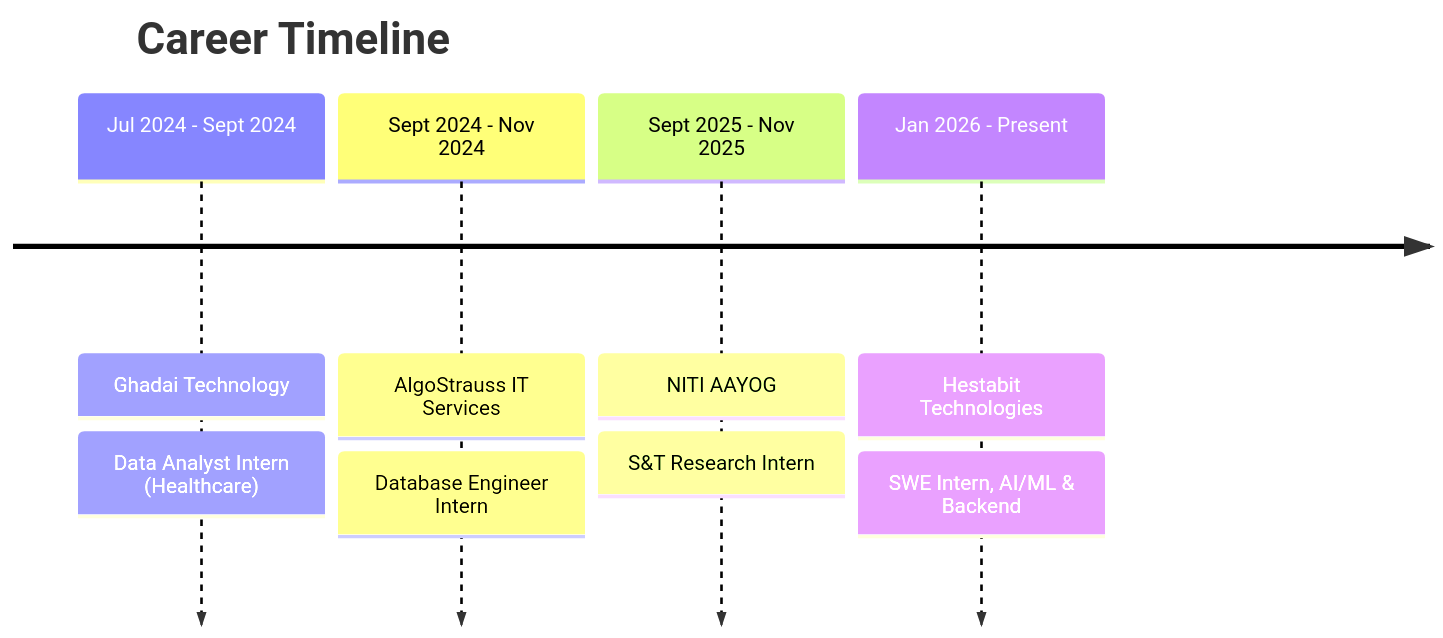
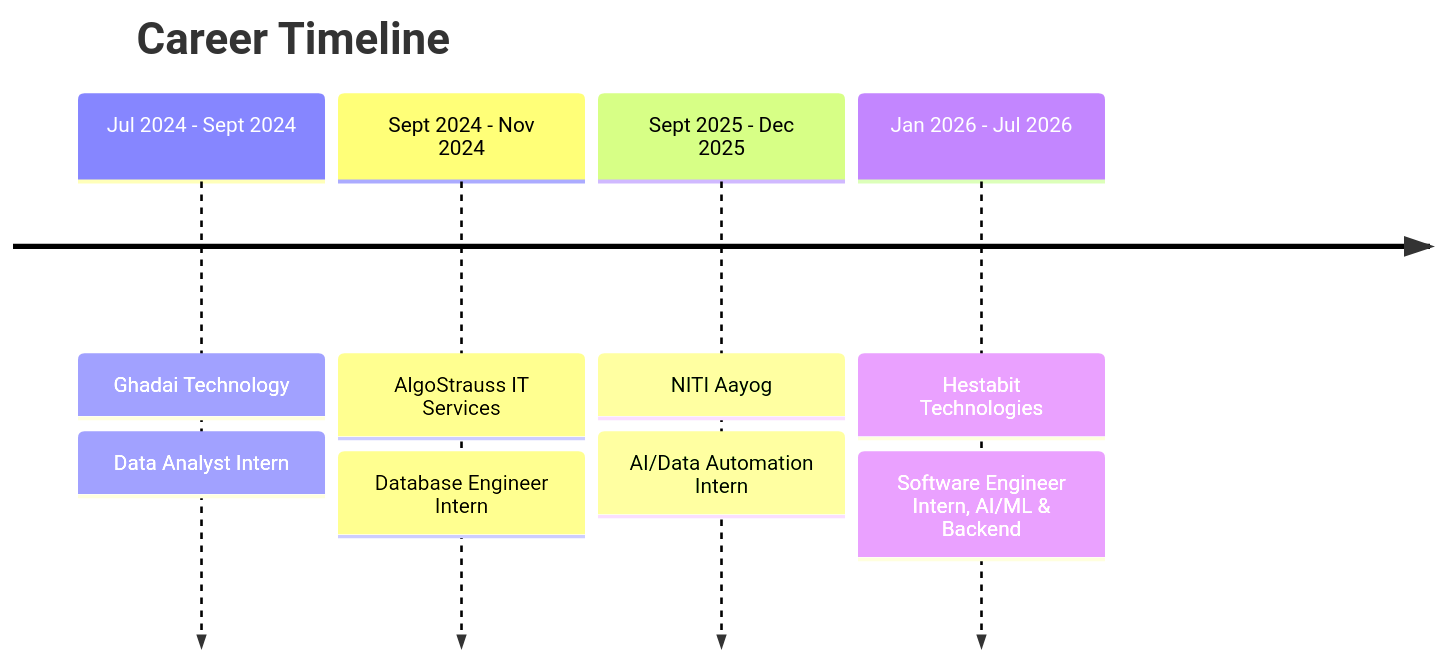
One commit to Prateeksingh84/Prateeksingh84 changed the diagram in README.md. Above: the diagram before and after it, drawn with Mermaid. The commit also changed other lines of this file and 1 other file, not shown here.

````diff
--- a/README.md
+++ b/README.md
@@ -144,12 +135,12 @@
 ```mermaid
 timeline
     title Career Timeline
     Jul 2024 - Sept 2024 : Ghadai Technology
-                          : Data Analyst Intern (Healthcare)
-    Sept 2024 - Nov 2024  : AlgoStrauss IT Services
+                          : Data Analyst Intern
+    Sept 2024 - Nov 2024 : AlgoStrauss IT Services
                           : Database Engineer Intern
-    Sept 2025 - Nov 2025  : NITI AAYOG
-                          : S&T Research Intern
-    Jan 2026 - Present    : Hestabit Technologies
-                          : SWE Intern, AI/ML & Backend
+    Sept 2025 - Dec 2025 : NITI Aayog
+                          : AI/Data Automation Intern
+    Jan 2026 - Jul 2026  : Hestabit Technologies
+                          : Software Engineer Intern, AI/ML & Backend
 ```
````
